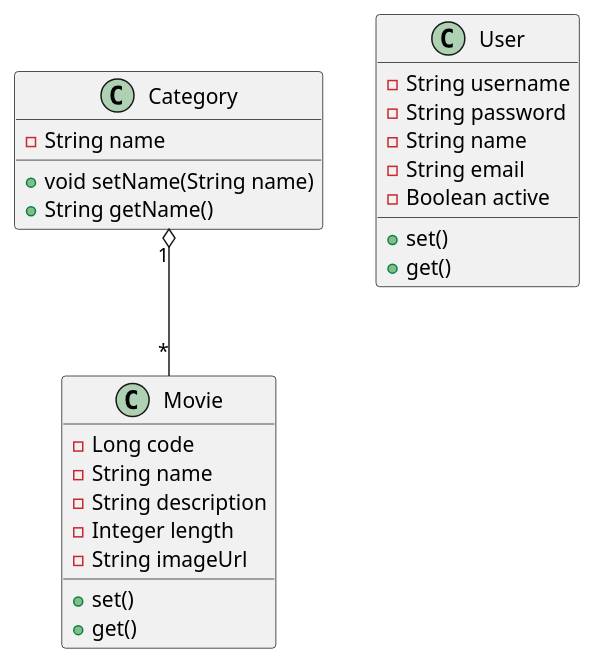
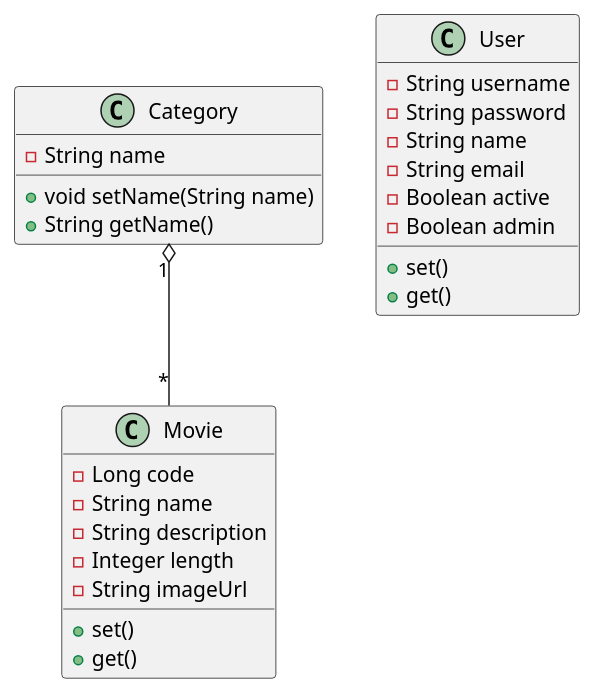
Before and after one commit to CRISTHIANMED/videotienda: the diagram in videotienda/doc/modelo_datos.puml, drawn with PlantUML.

Commit message:
base de datos

```diff
--- a/videotienda/doc/modelo_datos.puml
+++ b/videotienda/doc/modelo_datos.puml
@@ -1,30 +1,31 @@
 @startuml videotienda
 
 class Category {
     - String name
     + void setName(String name)
     + String getName()
 }
 
 class Movie {
     - Long code
     - String name
     - String description
     - Integer length
     - String imageUrl
     + set()
     + get()
 }
 
 class User {
     - String username
     - String password
     - String name
     - String email
     - Boolean active
+    - Boolean admin
     + set()
     + get()
 }
 
 Category "1" o-- "*" Movie
 @enduml
```
